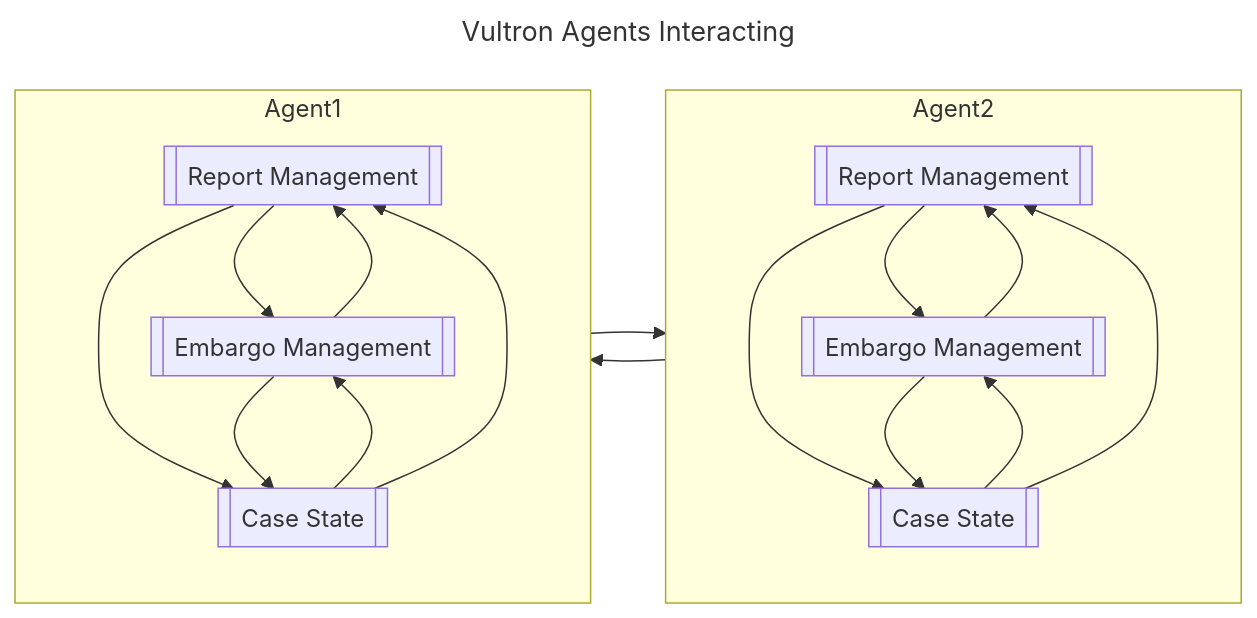
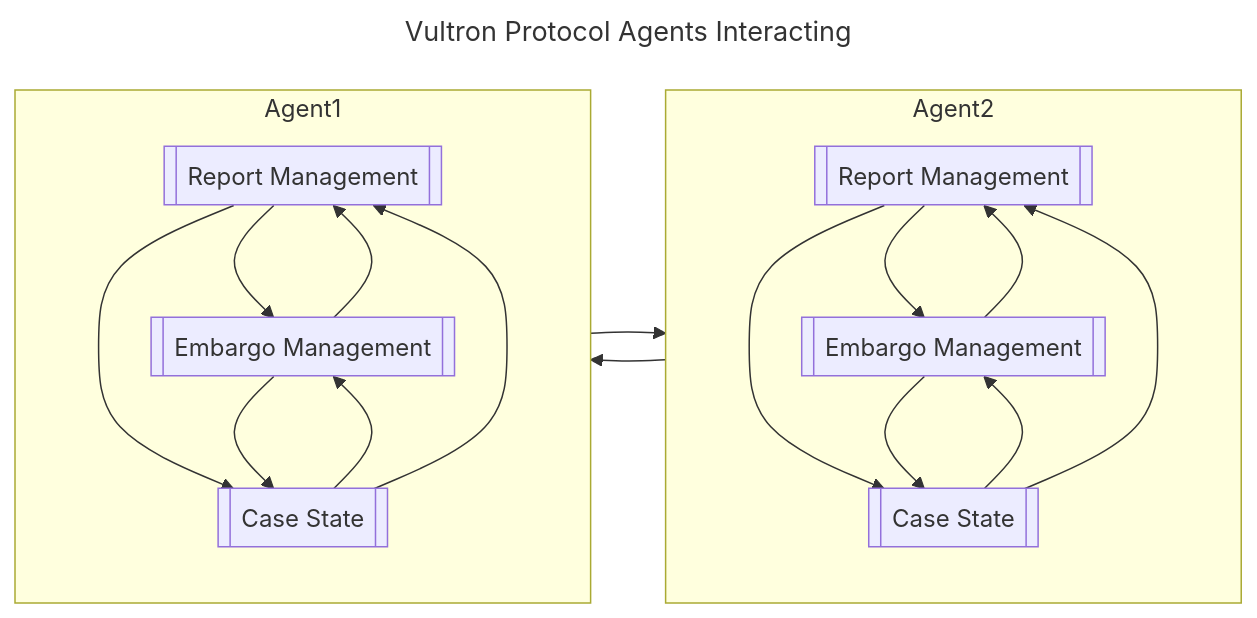
The second of 2 diagrams in docs/topics/process_models/index.md (CERTCC/Vultron), drawn with Mermaid before and after one commit. The commit also changed 19 other files, not shown here.

First line of the commit message:
capitalize Vultron Protocol

````diff
--- a/docs/topics/process_models/index.md
+++ b/docs/topics/process_models/index.md
@@ -24,30 +24,30 @@
 ```mermaid
 ---
-title: Vultron Agents Interacting
+title: Vultron Protocol Agents Interacting
 ---
 graph LR
     subgraph Agent2
         RM2[[Report Management]]
         EM2[[Embargo Management]]
         CS2[[Case State]]
     end
     subgraph Agent1
         RM1[[Report Management]]
         EM1[[Embargo Management]]
         CS1[[Case State]]
     end
     RM1 --> EM1
     RM1 --> CS1
     EM1 --> RM1
     EM1 --> CS1
     CS1 --> EM1
     CS1 --> RM1
     RM2 --> EM2
     RM2 --> CS2
     EM2 --> RM2
     EM2 --> CS2
     CS2 --> EM2
     CS2 --> RM2
     Agent1 --> Agent2
     Agent2 --> Agent1
 ```
````
